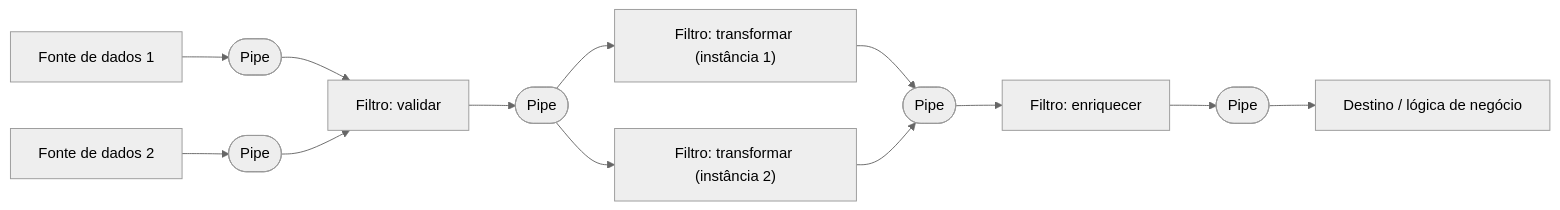
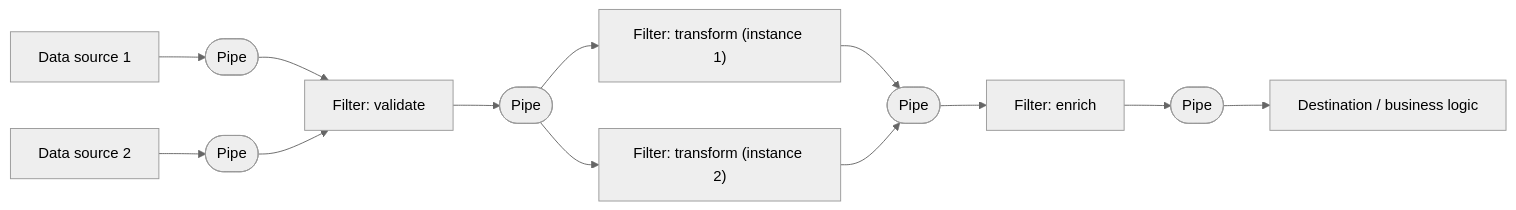
Before and after one commit to alancesar/design-patterns: the diagram in docs/cloud/cloud-design-patterns/messaging/pipes-and-filters.md, drawn with Mermaid (neutral theme). The commit also changed 258 other files, not shown here.

First line of the commit message:
Translate Mermaid diagrams to English

````diff
--- a/docs/cloud/cloud-design-patterns/messaging/pipes-and-filters.md
+++ b/docs/cloud/cloud-design-patterns/messaging/pipes-and-filters.md
@@ -70,15 +70,15 @@
 ```mermaid
 flowchart LR
-    S1["Fonte de dados 1"] --> P1(["Pipe"])
-    S2["Fonte de dados 2"] --> P2(["Pipe"])
-    P1 --> F1["Filtro: validar"]
+    S1["Data source 1"] --> P1(["Pipe"])
+    S2["Data source 2"] --> P2(["Pipe"])
+    P1 --> F1["Filter: validate"]
     P2 --> F1
     F1 --> P3(["Pipe"])
-    P3 --> F2a["Filtro: transformar (instância 1)"]
-    P3 --> F2b["Filtro: transformar (instância 2)"]
+    P3 --> F2a["Filter: transform (instance 1)"]
+    P3 --> F2b["Filter: transform (instance 2)"]
     F2a --> P4(["Pipe"])
     F2b --> P4
-    P4 --> F3["Filtro: enriquecer"]
+    P4 --> F3["Filter: enrich"]
     F3 --> P5(["Pipe"])
-    P5 --> D["Destino / lógica de negócio"]
+    P5 --> D["Destination / business logic"]
 ```
````
